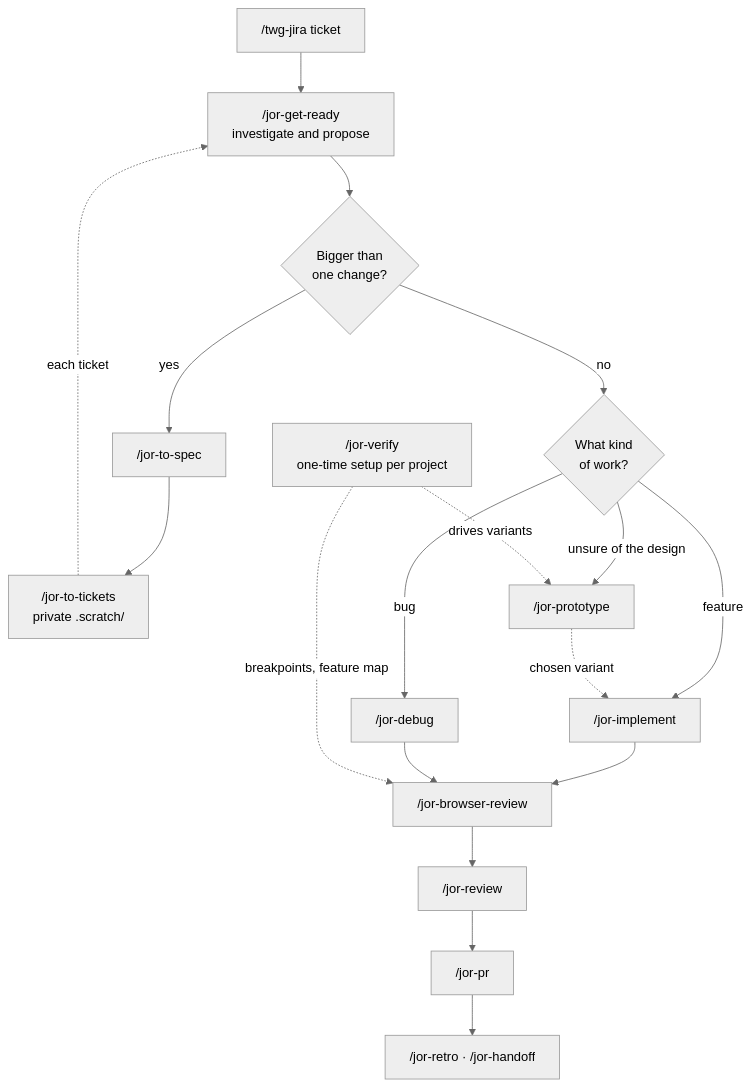
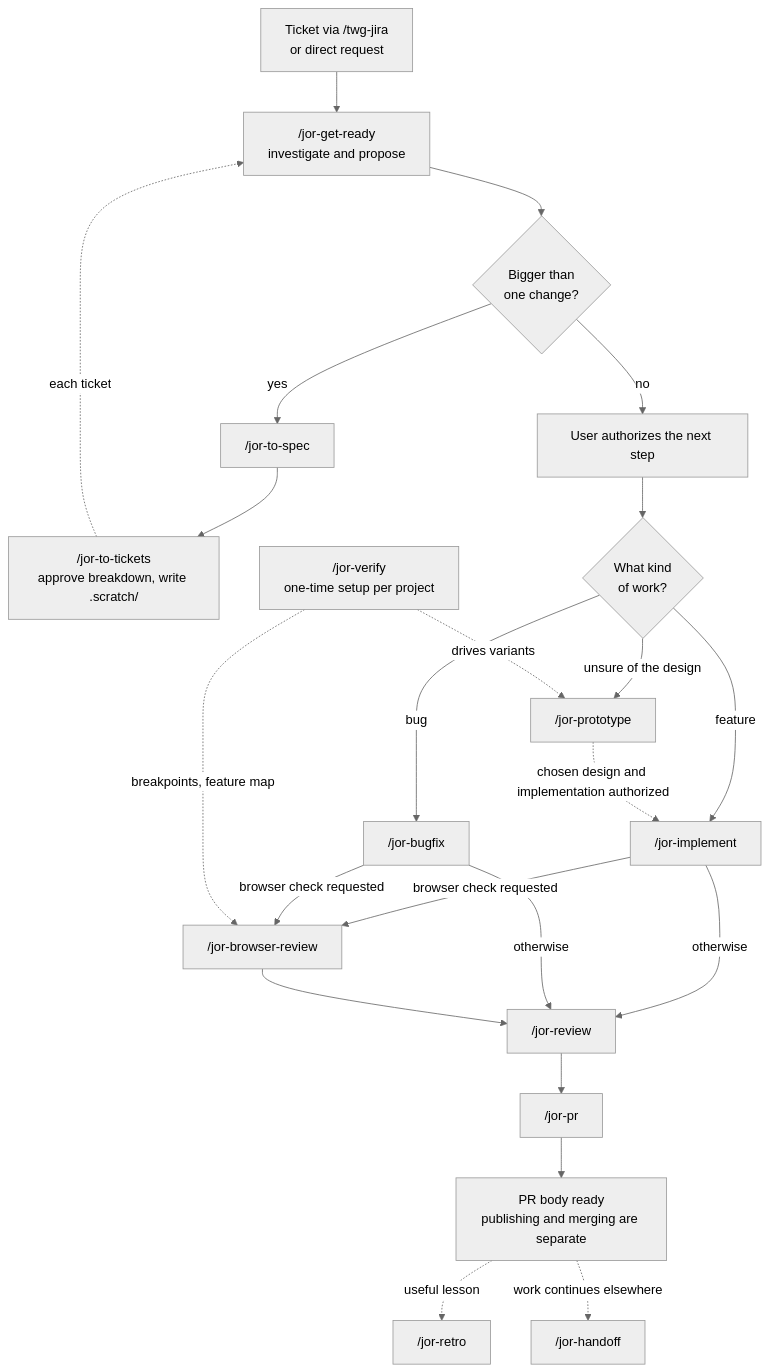
The diagram in docs/flow.mmd (jorsisu/jor-stack), drawn with Mermaid (neutral theme) before and after one commit. The commit also changed 31 other files, not shown here.

```diff
--- a/docs/flow.mmd
+++ b/docs/flow.mmd
@@ -1,18 +1,23 @@
 flowchart TD
-    jira["/twg-jira ticket"] --> ready["/jor-get-ready<br/>investigate and propose"]
+    task["Ticket via /twg-jira<br/>or direct request"] --> ready["/jor-get-ready<br/>investigate and propose"]
     ready --> big{"Bigger than<br/>one change?"}
     big -- yes --> spec["/jor-to-spec"]
-    spec --> tickets["/jor-to-tickets<br/>private .scratch/"]
+    spec --> tickets["/jor-to-tickets<br/>approve breakdown, write .scratch/"]
     tickets -. each ticket .-> ready
-    big -- no --> kind{"What kind<br/>of work?"}
+    big -- no --> approved["User authorizes the next step"]
+    approved --> kind{"What kind<br/>of work?"}
     kind -- feature --> implement["/jor-implement"]
-    kind -- bug --> debug["/jor-debug"]
+    kind -- bug --> bugfix["/jor-bugfix"]
     kind -- unsure of the design --> proto["/jor-prototype"]
-    proto -. chosen variant .-> implement
-    implement --> browser["/jor-browser-review"]
-    debug --> browser
-    browser --> review["/jor-review"]
+    proto -. chosen design and implementation authorized .-> implement
+    implement -- browser check requested --> browser["/jor-browser-review"]
+    bugfix -- browser check requested --> browser
+    implement -- otherwise --> review["/jor-review"]
+    bugfix -- otherwise --> review
+    browser --> review
     review --> pr["/jor-pr"]
-    pr --> close["/jor-retro · /jor-handoff"]
+    pr --> body["PR body ready<br/>publishing and merging are separate"]
+    body -. useful lesson .-> retro["/jor-retro"]
+    body -. work continues elsewhere .-> handoff["/jor-handoff"]
     verify["/jor-verify<br/>one-time setup per project"] -. drives variants .-> proto
     verify -. breakpoints, feature map .-> browser
```
